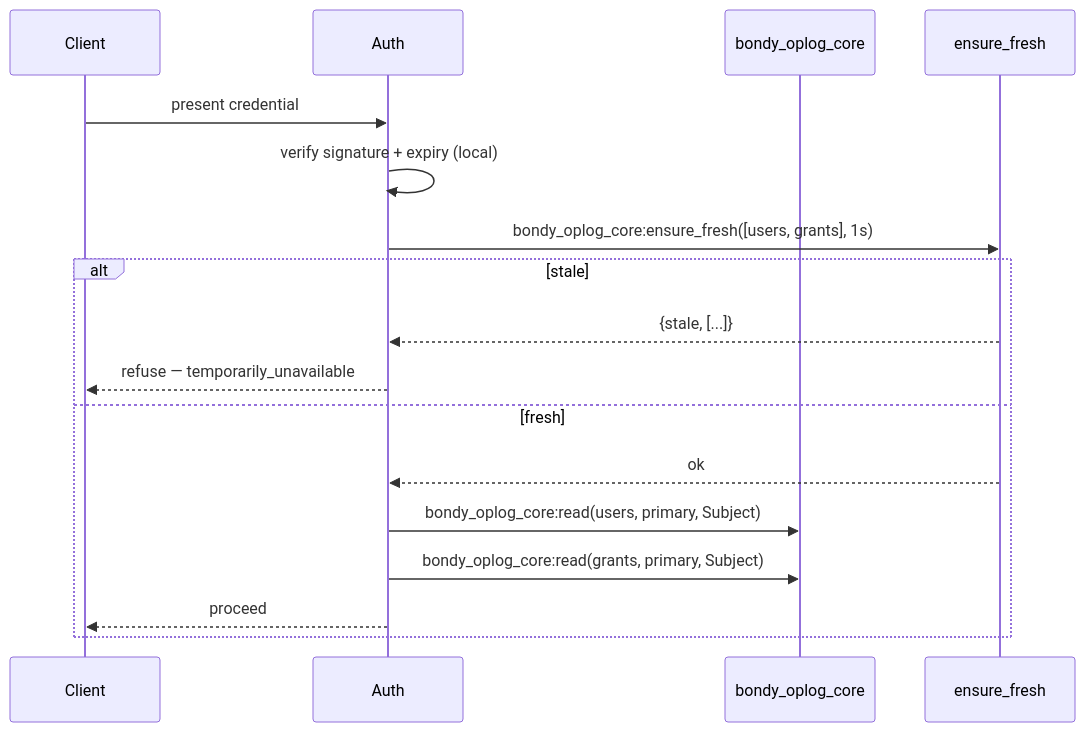
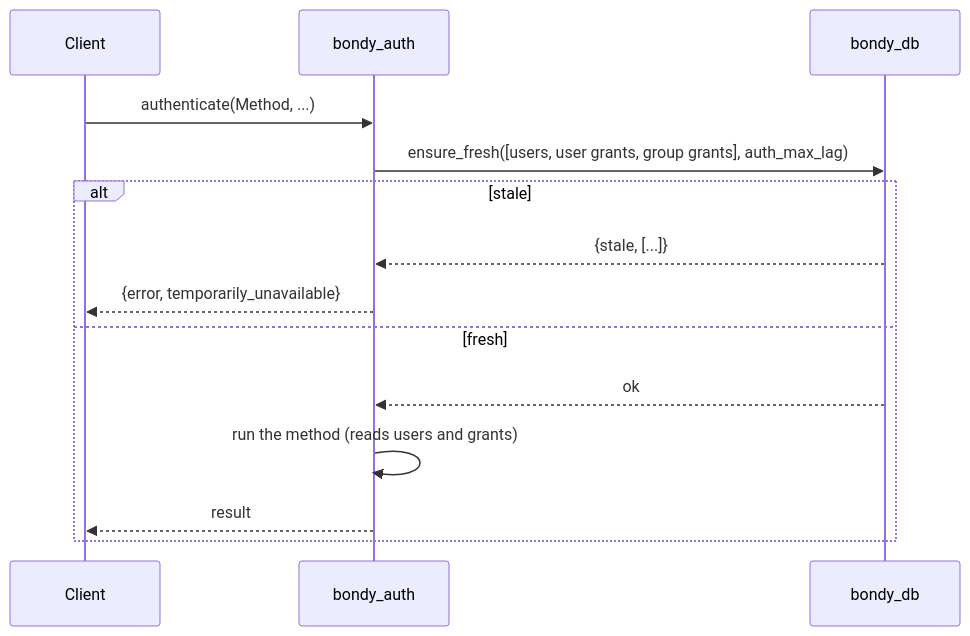
The sixth of 7 diagrams in apps/bondy_db/doc_extras/architecture/03_bondy_db.md (bondy-io/bondy), drawn with Mermaid before and after one commit. The commit also changed other lines of this file and 449 other files, not shown here.

````diff
--- a/apps/bondy_db/doc_extras/architecture/03_bondy_db.md
+++ b/apps/bondy_db/doc_extras/architecture/03_bondy_db.md
@@ -312,20 +263,17 @@
 ```mermaid
 sequenceDiagram
     participant Client
-    participant Auth
-    participant Core as bondy_oplog_core
-    participant FRESH as ensure_fresh
+    participant Auth as bondy_auth
+    participant DB as bondy_db
 
-    Client->>Auth: present credential
-    Auth->>Auth: verify signature + expiry (local)
-    Auth->>FRESH: bondy_oplog_core:ensure_fresh([users, grants], 1s)
+    Client->>Auth: authenticate(Method, ...)
+    Auth->>DB: ensure_fresh([users, user grants, group grants], auth_max_lag)
     alt stale
-        FRESH-->>Auth: {stale, [...]}
-        Auth-->>Client: refuse — temporarily_unavailable
+        DB-->>Auth: {stale, [...]}
+        Auth-->>Client: {error, temporarily_unavailable}
     else fresh
-        FRESH-->>Auth: ok
-        Auth->>Core: bondy_oplog_core:read(users, primary, Subject)
-        Auth->>Core: bondy_oplog_core:read(grants, primary, Subject)
-        Auth-->>Client: proceed
+        DB-->>Auth: ok
+        Auth->>Auth: run the method (reads users and grants)
+        Auth-->>Client: result
     end
 ```
````
